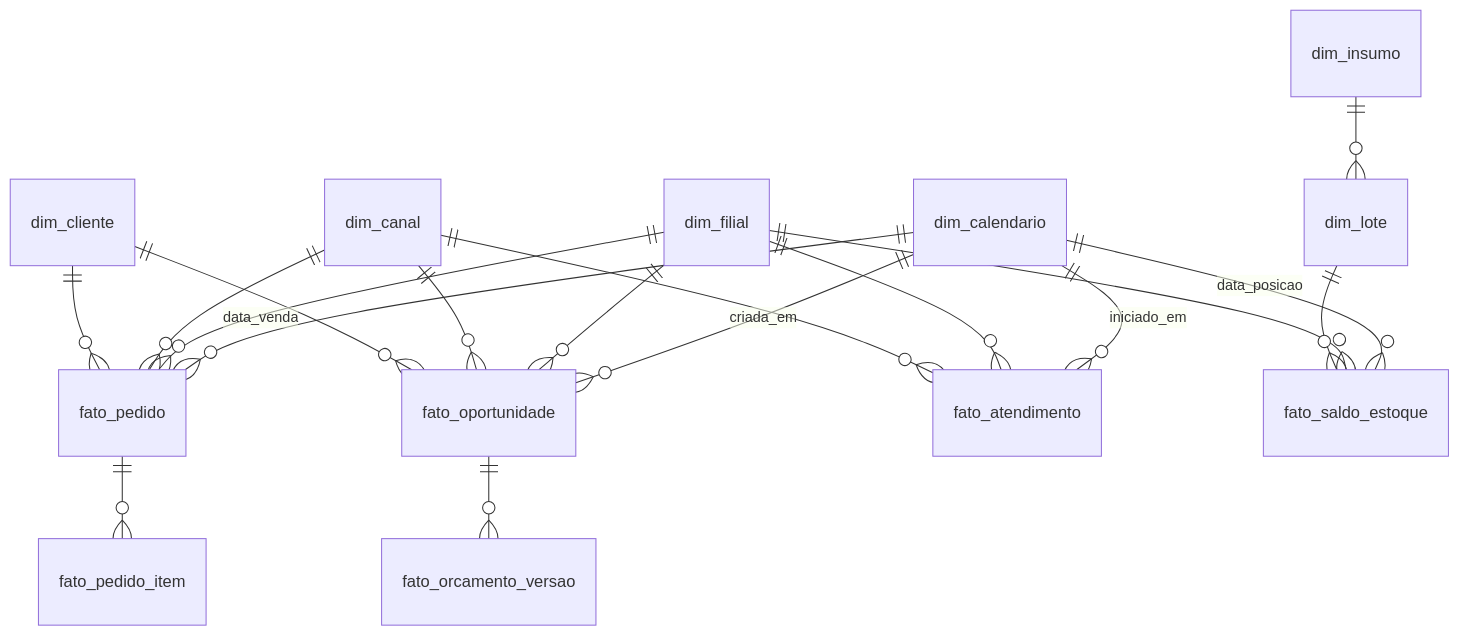
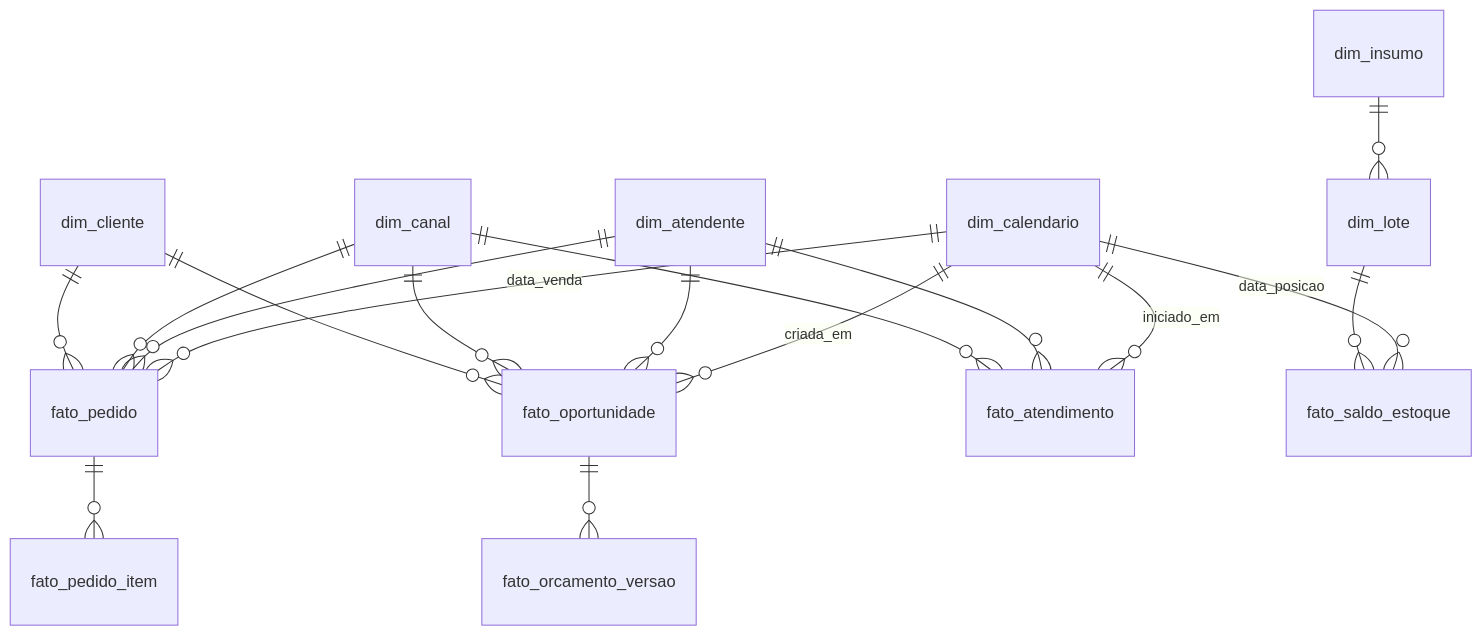
The third of 3 diagrams in docs/documentacao.md (hckm/farmabi), drawn with Mermaid before and after one commit. The commit also changed other lines of this file and 3 other files, not shown here.

````diff
--- a/docs/documentacao.md
+++ b/docs/documentacao.md
@@ -126,20 +129,19 @@
 ```mermaid
 erDiagram
     dim_calendario ||--o{ fato_pedido : data_venda
     dim_calendario ||--o{ fato_oportunidade : criada_em
     dim_calendario ||--o{ fato_atendimento : iniciado_em
     dim_calendario ||--o{ fato_saldo_estoque : data_posicao
-    dim_filial ||--o{ fato_pedido : ""
-    dim_filial ||--o{ fato_oportunidade : ""
-    dim_filial ||--o{ fato_atendimento : ""
-    dim_filial ||--o{ fato_saldo_estoque : ""
+    dim_atendente ||--o{ fato_pedido : ""
+    dim_atendente ||--o{ fato_oportunidade : ""
+    dim_atendente ||--o{ fato_atendimento : ""
     dim_canal ||--o{ fato_pedido : ""
     dim_canal ||--o{ fato_oportunidade : ""
     dim_canal ||--o{ fato_atendimento : ""
     dim_cliente ||--o{ fato_pedido : ""
     dim_cliente ||--o{ fato_oportunidade : ""
     dim_insumo ||--o{ dim_lote : ""
     dim_lote ||--o{ fato_saldo_estoque : ""
     fato_pedido ||--o{ fato_pedido_item : ""
     fato_oportunidade ||--o{ fato_orcamento_versao : ""
 ```
````
